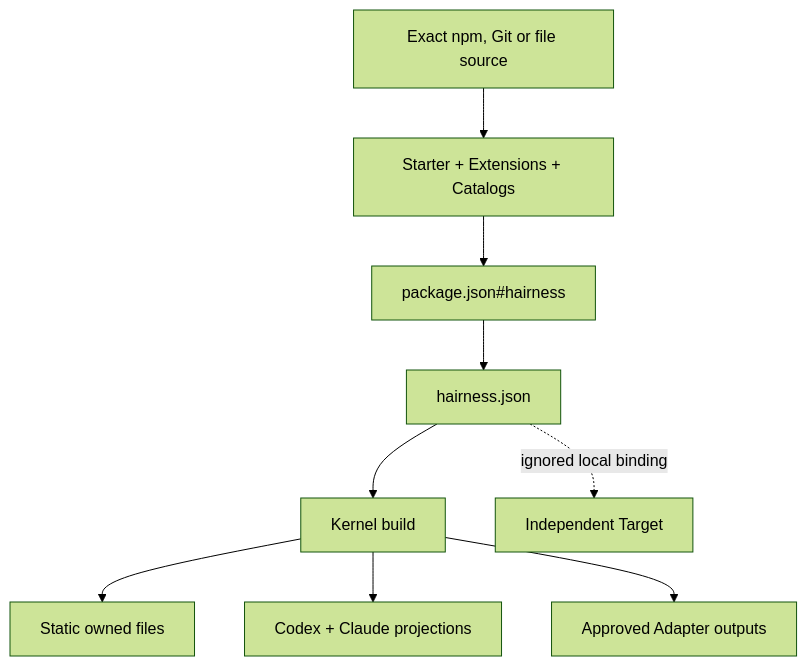
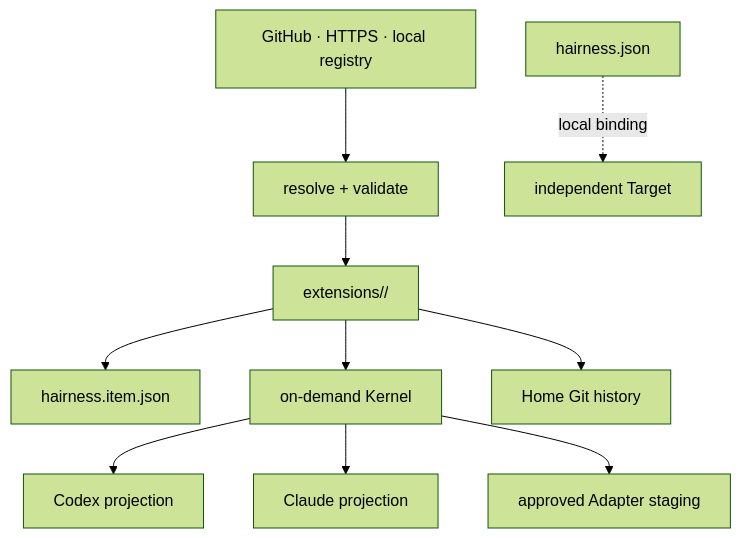
The diagram in docs/architecture.md (thevzion/hairness), drawn with Mermaid (forest theme) before and after one commit. The commit also changed other lines of this file and 65 other files, not shown here.

Commit message:
feat: rebuild Hairness around source-owned registries

````diff
--- a/docs/architecture.md
+++ b/docs/architecture.md
@@ -12,11 +13,12 @@
 ```mermaid
 flowchart TD
-  npm["Exact npm, Git or file source"] --> packages["Starter + Extensions + Catalogs"]
-  packages --> manifest["package.json#hairness"]
-  manifest --> home["hairness.json"]
-  home --> build["Kernel build"]
-  build --> static["Static owned files"]
-  build --> providers["Codex + Claude projections"]
-  build --> adapters["Approved Adapter outputs"]
-  home -. "ignored local binding" .-> target["Independent Target"]
+  source["GitHub · HTTPS · local registry"] --> resolve["resolve + validate"]
+  resolve --> files["extensions/<namespace>/<item>"]
+  files --> receipt["hairness.item.json"]
+  files --> build["on-demand Kernel"]
+  build --> codex["Codex projection"]
+  build --> claude["Claude projection"]
+  build --> adapters["approved Adapter staging"]
+  files --> git["Home Git history"]
+  home["hairness.json"] -. "local binding" .-> target["independent Target"]
 ```
````
